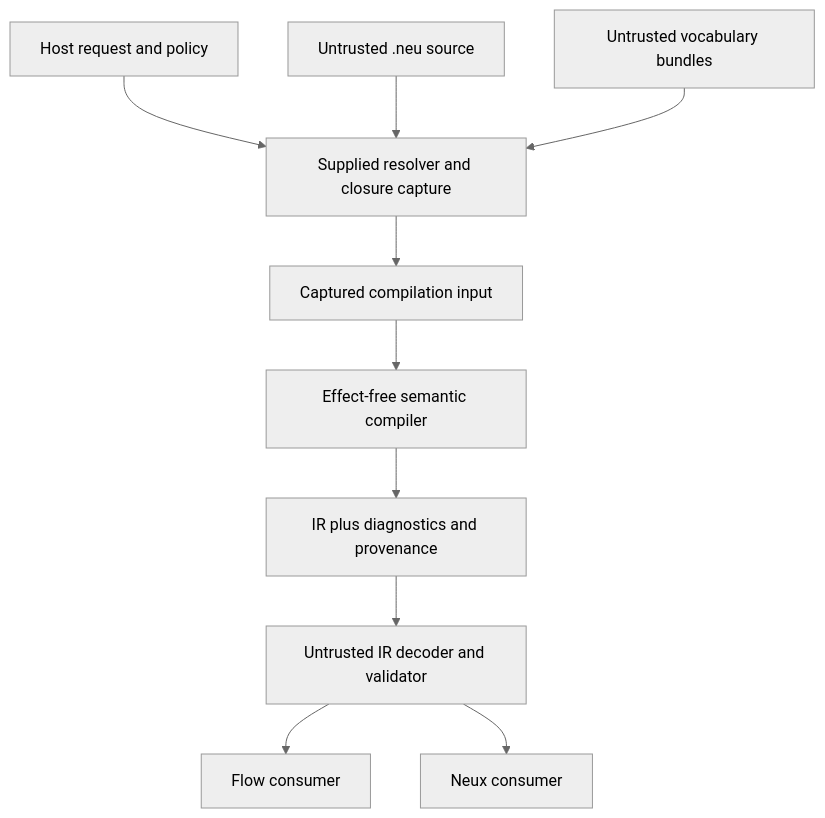
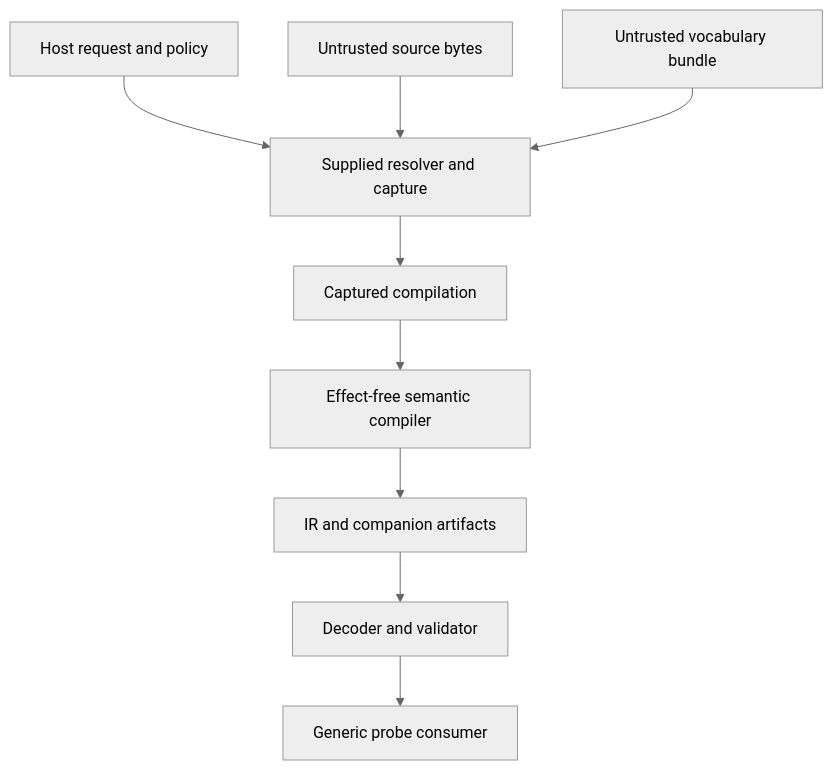
One commit to neutral-ecosystem/neutral-roadmap changed the first of 2 diagrams in neutral-lang/ARCHITECTURE.md. Above: the diagram before and after it, drawn with Mermaid (neutral theme). The commit also changed other lines of this file and 39 other files, not shown here.

````diff
--- a/neutral-lang/ARCHITECTURE.md
+++ b/neutral-lang/ARCHITECTURE.md
@@ -132,12 +98,11 @@
 ```mermaid
 flowchart TB
-    P[Host request and policy] --> R[Supplied resolver and closure capture]
-    U[Untrusted .neu source] --> R
-    V[Untrusted vocabulary bundles] --> R
-    R --> Q[Captured compilation input]
-    Q --> C[Effect-free semantic compiler]
-    C --> O[IR plus diagnostics and provenance]
-    O --> X[Untrusted IR decoder and validator]
-    X --> F[Flow consumer]
-    X --> N[Neux consumer]
+    H[Host request and policy] --> R[Supplied resolver and capture]
+    S[Untrusted source bytes] --> R
+    V[Untrusted vocabulary bundle] --> R
+    R --> C[Captured compilation]
+    C --> P[Effect-free semantic compiler]
+    P --> O[IR and companion artifacts]
+    O --> D[Decoder and validator]
+    D --> G[Generic probe consumer]
 ```
````
